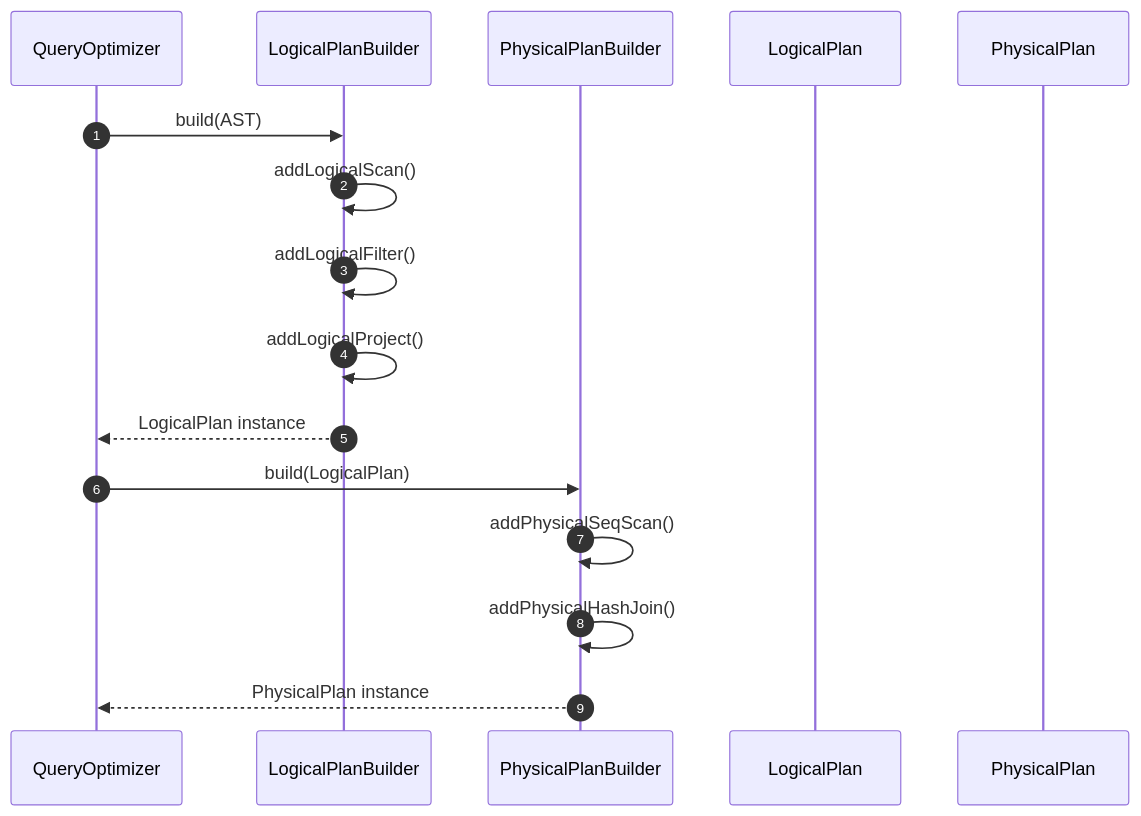
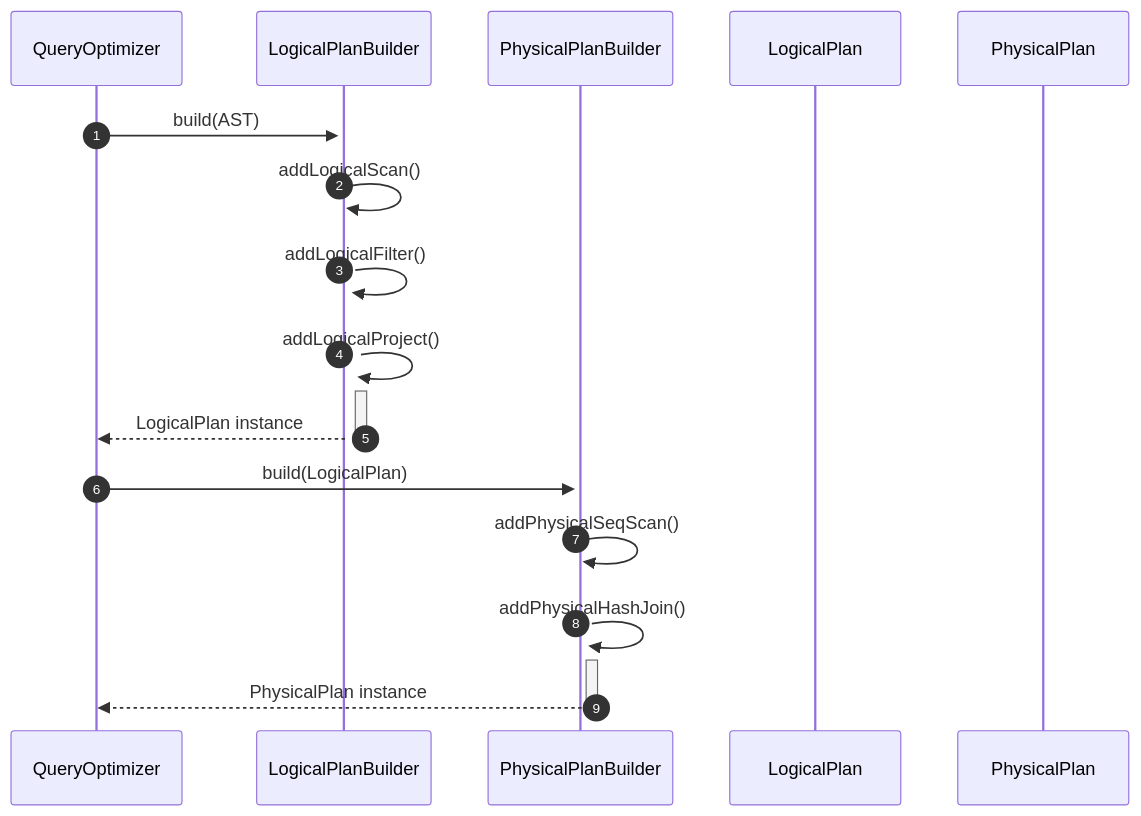
One commit to Dikhang1112/Database_Management_BBV changed the sixth of 13 diagrams in docs/design_patterns/query_processor/Sequece.md. Above: the diagram before and after it, drawn with Mermaid. The commit also changed other lines of this file and 12 other files, not shown here.

Commit message:
Refactor sequece diagram

````diff
--- a/docs/design_patterns/query_processor/Sequece.md
+++ b/docs/design_patterns/query_processor/Sequece.md
@@ -174,20 +174,20 @@
 ```mermaid
 sequenceDiagram
     autonumber
     participant Optimizer as QueryOptimizer
     participant LPB as LogicalPlanBuilder
     participant PPB as PhysicalPlanBuilder
     participant LP as LogicalPlan
     participant PP as PhysicalPlan
 
-    Optimizer->>LPB: build(AST)
-    LPB->>LPB: addLogicalScan()
-    LPB->>LPB: addLogicalFilter()
-    LPB->>LPB: addLogicalProject()
-    LPB-->>Optimizer: LogicalPlan instance
+    Optimizer->>+LPB: build(AST)
+    LPB->>+LPB: addLogicalScan()
+    LPB->>+LPB: addLogicalFilter()
+    LPB->>+LPB: addLogicalProject()
+    LPB-->>-Optimizer: LogicalPlan instance
 
-    Optimizer->>PPB: build(LogicalPlan)
-    PPB->>PPB: addPhysicalSeqScan()
-    PPB->>PPB: addPhysicalHashJoin()
-    PPB-->>Optimizer: PhysicalPlan instance
+    Optimizer->>+PPB: build(LogicalPlan)
+    PPB->>+PPB: addPhysicalSeqScan()
+    PPB->>+PPB: addPhysicalHashJoin()
+    PPB-->>-Optimizer: PhysicalPlan instance
 ```
````
